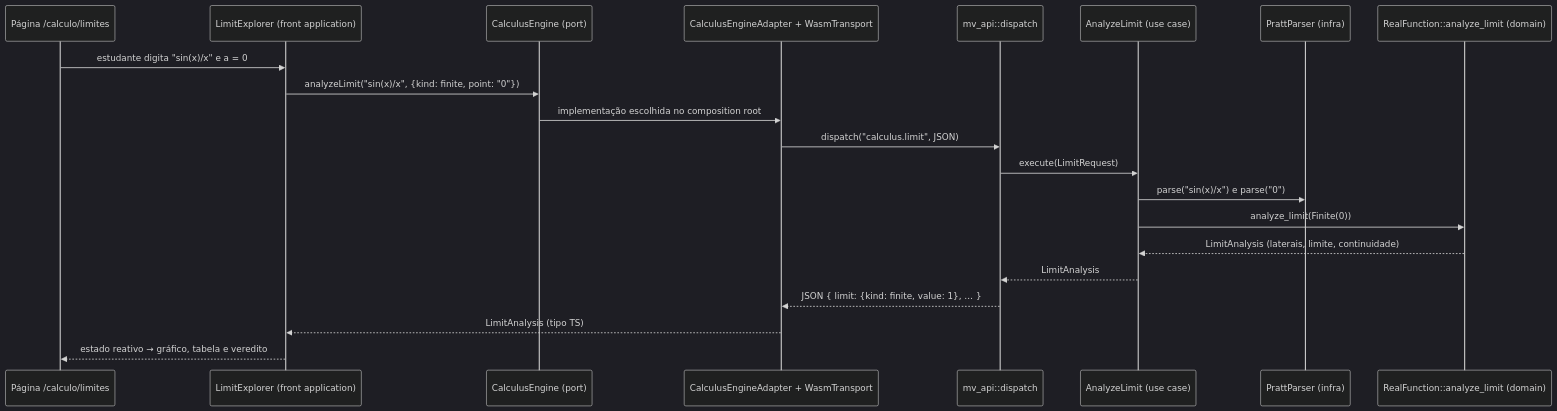
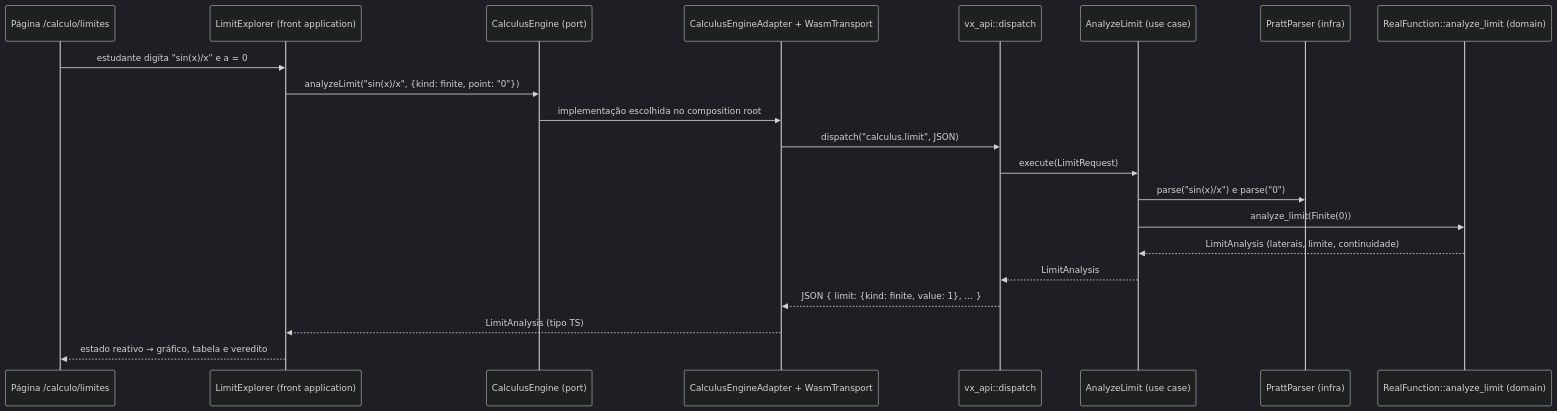
One commit to CauaDecoder/bad-at-calculus changed the fifth of 5 diagrams in docs/03-arquitetura/visao-geral.md. Above: the diagram before and after it, drawn with Mermaid (dark theme). The commit also changed other lines of this file and 49 other files, not shown here.

````diff
--- a/docs/03-arquitetura/visao-geral.md
+++ b/docs/03-arquitetura/visao-geral.md
@@ -150,24 +171,24 @@
 ```mermaid
 sequenceDiagram
     participant UI as Página /calculo/limites
     participant App as LimitExplorer (front application)
     participant Port as CalculusEngine (port)
     participant Ad as CalculusEngineAdapter + WasmTransport
-    participant Api as mv_api::dispatch
+    participant Api as vx_api::dispatch
     participant UC as AnalyzeLimit (use case)
     participant P as PrattParser (infra)
     participant D as RealFunction::analyze_limit (domain)
 
     UI->>App: estudante digita "sin(x)/x" e a = 0
     App->>Port: analyzeLimit("sin(x)/x", {kind: finite, point: "0"})
     Port->>Ad: implementação escolhida no composition root
     Ad->>Api: dispatch("calculus.limit", JSON)
     Api->>UC: execute(LimitRequest)
     UC->>P: parse("sin(x)/x") e parse("0")
     UC->>D: analyze_limit(Finite(0))
     D-->>UC: LimitAnalysis (laterais, limite, continuidade)
     UC-->>Api: LimitAnalysis
     Api-->>Ad: JSON { limit: {kind: finite, value: 1}, … }
     Ad-->>App: LimitAnalysis (tipo TS)
     App-->>UI: estado reativo → gráfico, tabela e veredito
 ```
````
